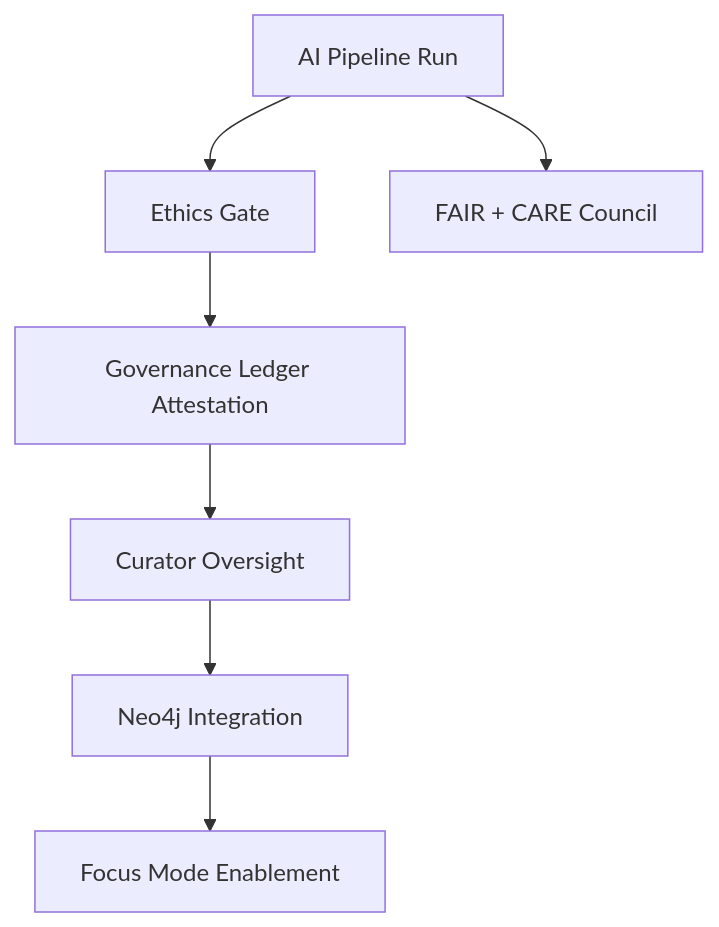
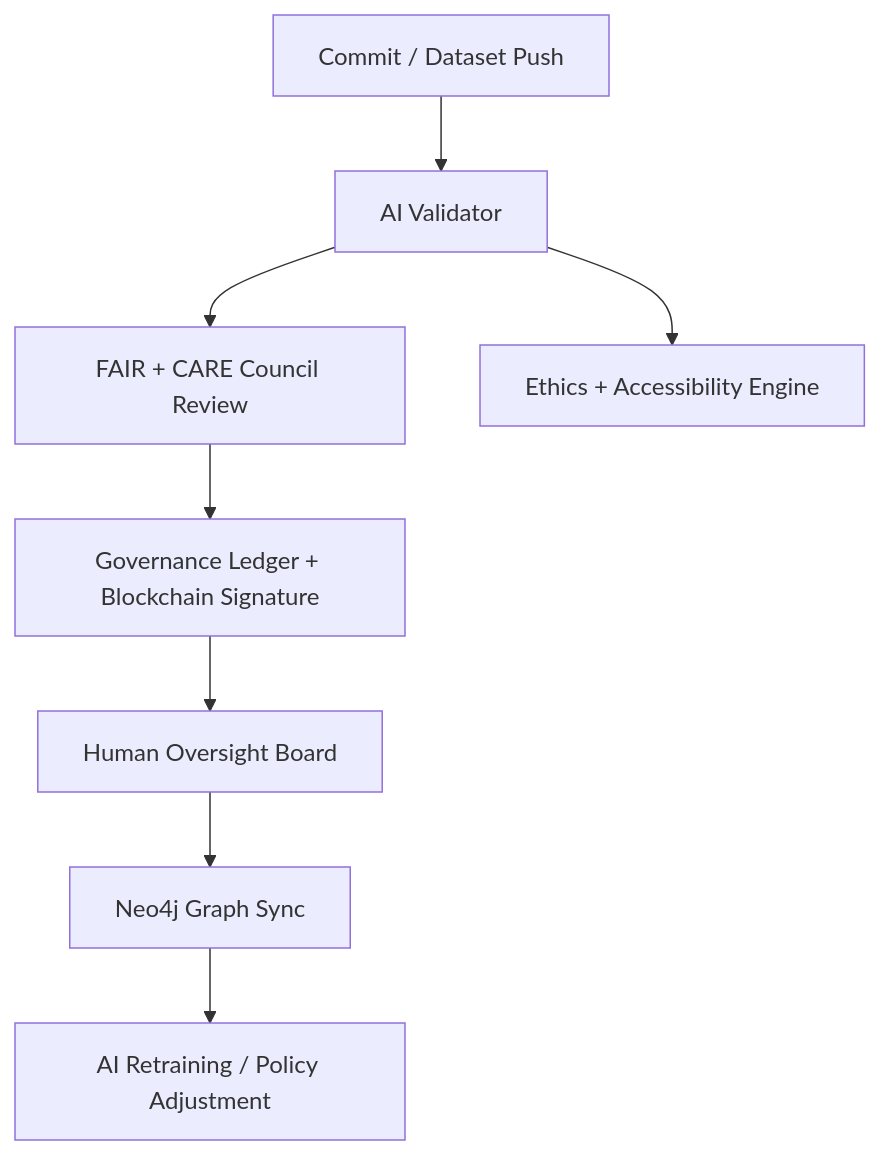
Before and after one commit to bartytime4life/Kansas-Frontier-Matrix: the diagram in README.md, drawn with Mermaid. The commit also changed other lines of this file, not shown here.

````diff
--- a/README.md
+++ b/README.md
@@ -278,9 +103,10 @@
 ```mermaid
 graph TD
-A[AI Pipeline Run]-->B[Ethics Gate]
-A-->C[FAIR + CARE Council]
-B-->D[Governance Ledger Attestation]
-D-->E[Curator Oversight]
-E-->F[Neo4j Integration]
-F-->G[Focus Mode Enablement]
+A[Commit / Dataset Push]-->B[AI Validator]
+B-->C[FAIR + CARE Council Review]
+B-->D[Ethics + Accessibility Engine]
+C-->E[Governance Ledger + Blockchain Signature]
+E-->F[Human Oversight Board]
+F-->G[Neo4j Graph Sync]
+G-->H[AI Retraining / Policy Adjustment]
 ```
````
